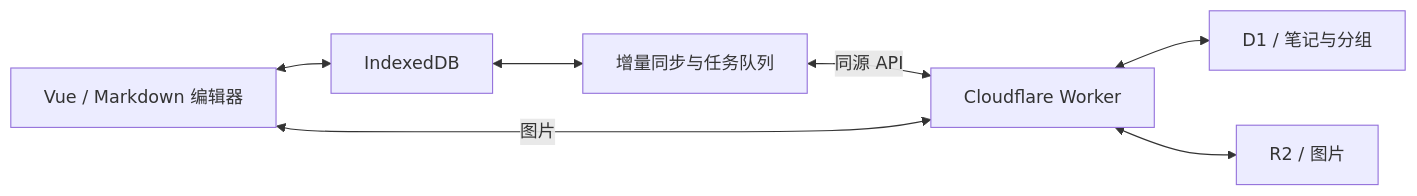
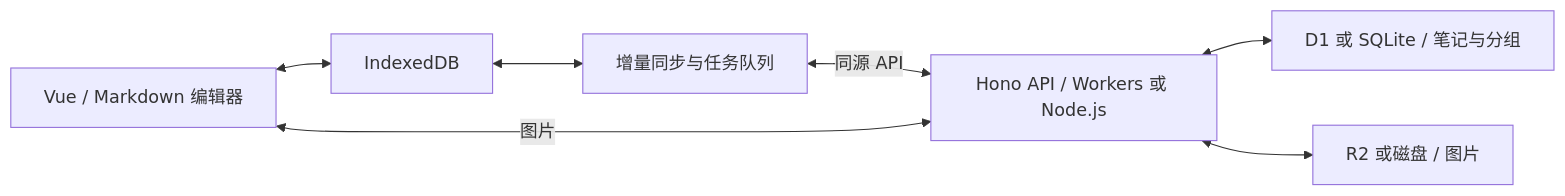
One commit to xilele777/snotes changed the diagram in README.md. Above: the diagram before and after it, drawn with Mermaid. The commit also changed other lines of this file and 35 other files, not shown here.

````diff
--- a/README.md
+++ b/README.md
@@ -58,9 +58,9 @@
 ```mermaid
 flowchart LR
   UI[Vue / Markdown 编辑器] <--> Local[IndexedDB]
   Local <--> Sync[增量同步与任务队列]
-  Sync <-->|同源 API| Worker[Cloudflare Worker]
+  Sync <-->|同源 API| Worker[Hono API / Workers 或 Node.js]
   UI <-->|图片| Worker
-  Worker <--> D1[D1 / 笔记与分组]
-  Worker <--> R2[R2 / 图片]
+  Worker <--> D1[D1 或 SQLite / 笔记与分组]
+  Worker <--> R2[R2 或磁盘 / 图片]
 ```
````
